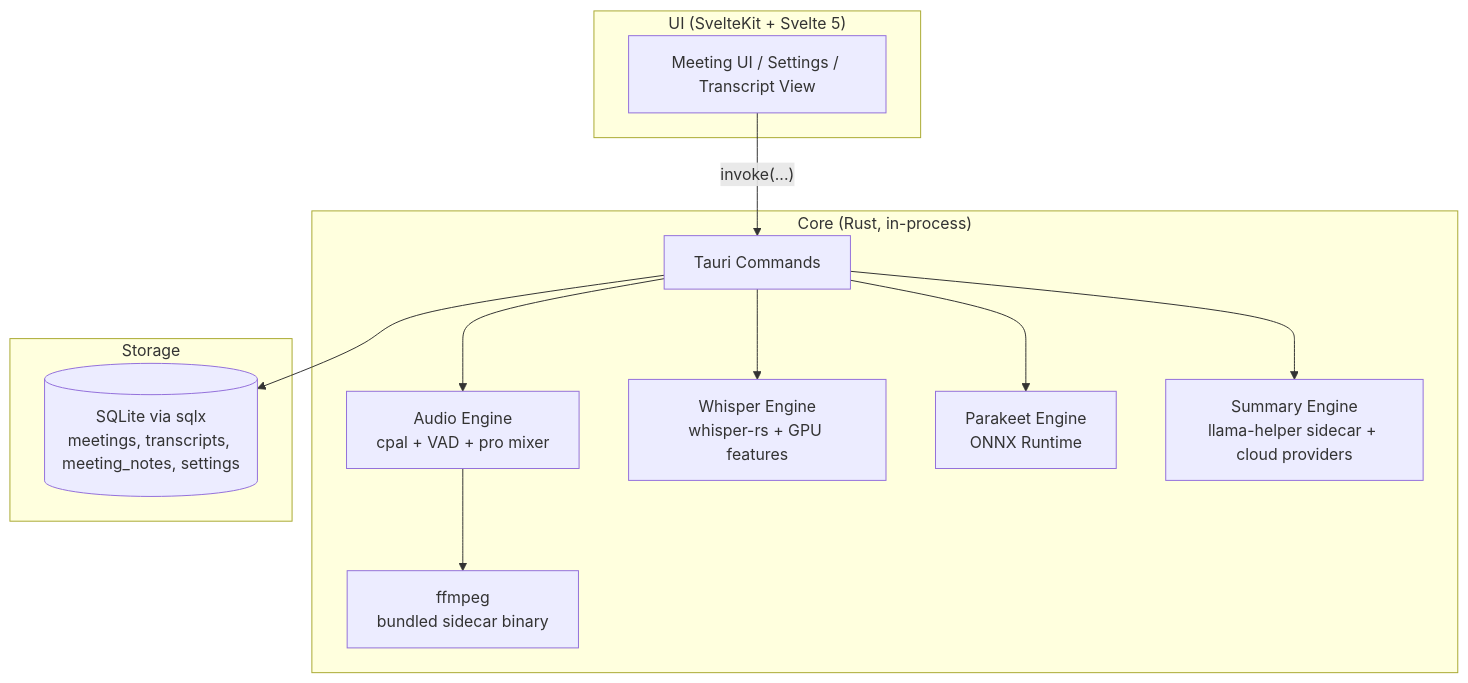
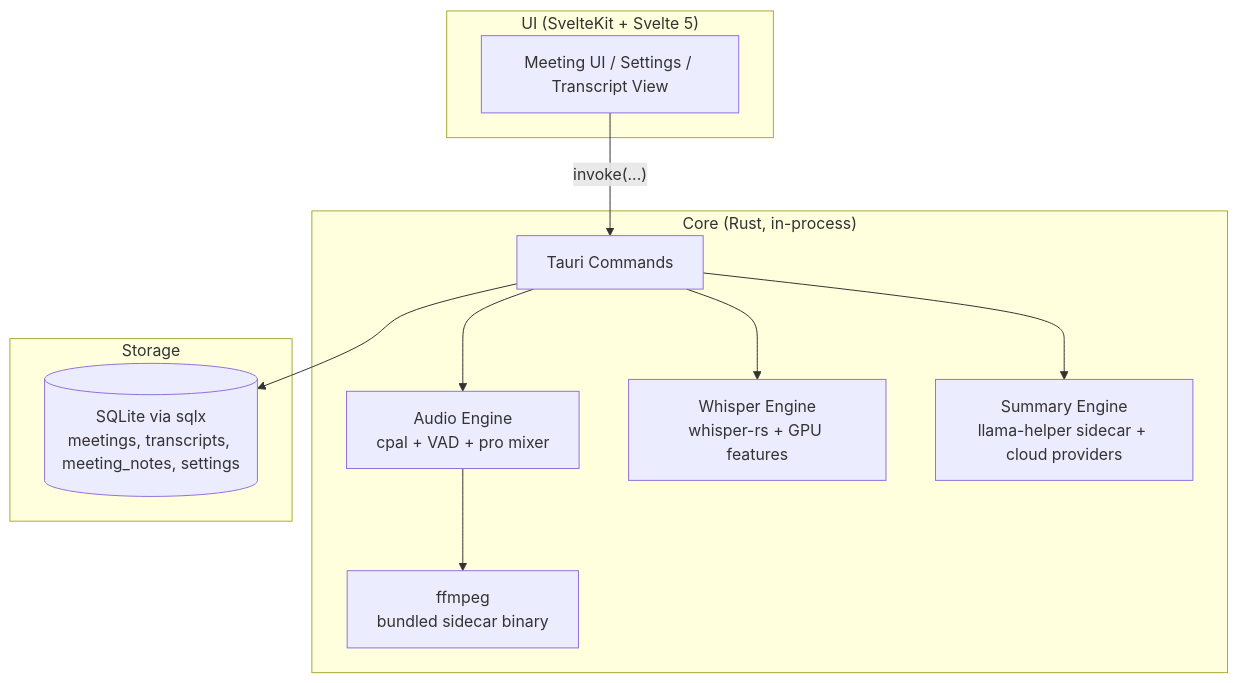
Before and after one commit to afonsojramos/muesly: the diagram in docs/architecture.md, drawn with Mermaid. The commit also changed other lines of this file and 6 other files, not shown here.

````diff
--- a/docs/architecture.md
+++ b/docs/architecture.md
@@ -7,27 +7,25 @@
 ```mermaid
 graph TD
     subgraph "UI (SvelteKit + Svelte 5)"
         A[Meeting UI / Settings / Transcript View]
     end
 
     subgraph "Core (Rust, in-process)"
         B[Tauri Commands]
         C[Audio Engine<br/>cpal + VAD + pro mixer]
         D[Whisper Engine<br/>whisper-rs + GPU features]
-        P[Parakeet Engine<br/>ONNX Runtime]
         F[Summary Engine<br/>llama-helper sidecar + cloud providers]
         FF[ffmpeg<br/>bundled sidecar binary]
     end
 
     subgraph "Storage"
         E[(SQLite via sqlx<br/>meetings, transcripts, meeting_notes, settings)]
     end
 
     A -- invoke(...) --> B
     B --> C
     B --> D
-    B --> P
     B --> F
     B --> E
     C --> FF
 ```
````
